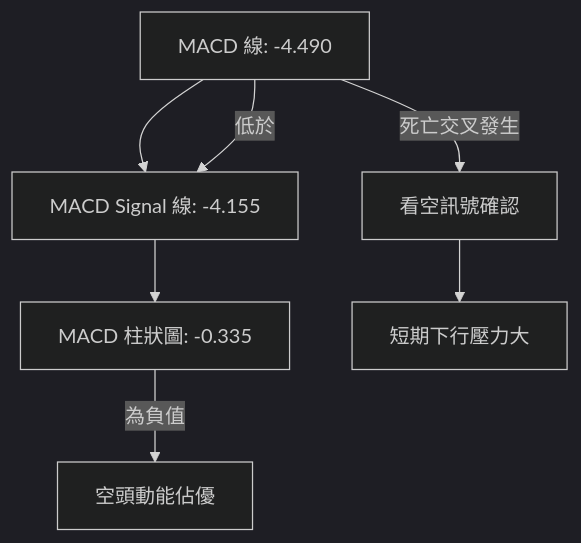
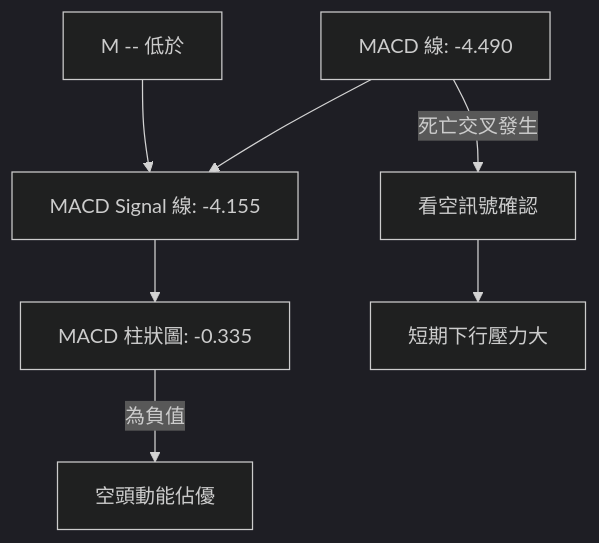
Before and after one commit to yennanliu/finance_data: the eighth of 12 diagrams in ai_gen_report/stock/rklb/technical_analysis_2026-07-05_gemini.md, drawn with Mermaid (dark theme). The commit also changed other lines of this file and 2258 other files, not shown here.

First line of the commit message:
chore: backfill Mermaid syntax repair across existing reports

````diff
--- a/ai_gen_report/stock/rklb/technical_analysis_2026-07-05_gemini.md
+++ b/ai_gen_report/stock/rklb/technical_analysis_2026-07-05_gemini.md
@@ -458,9 +458,9 @@
 ```mermaid
 graph TD
-    M[MACD 線: -4.490] --> MS[MACD Signal 線: -4.155]
-    M -- 低於 --> MS
-    MS --> H[MACD 柱狀圖: -0.335]
-    H -- 為負值 --> I[空頭動能佔優]
-    M -- 死亡交叉發生 --> J[看空訊號確認]
-    J --> K[短期下行壓力大]
+    M["MACD 線: -4.490"] --> MS["MACD Signal 線: -4.155"]
+    nb1["M -- 低於"] --> MS
+    MS --> H["MACD 柱狀圖: -0.335"]
+    H -- 為負值 --> I["空頭動能佔優"]
+    M -- 死亡交叉發生 --> J["看空訊號確認"]
+    J --> K["短期下行壓力大"]
 ```
````
